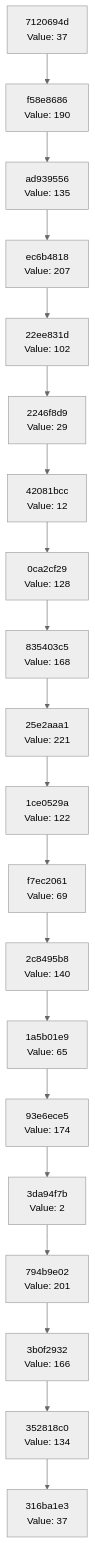
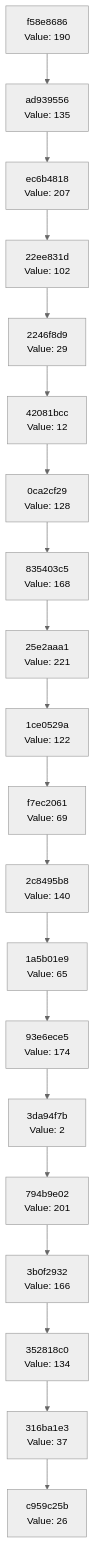
One commit to Abhisheksinha1506/hash-chain-evolver changed the diagram in docs/CHAIN_VISUALIZATION.md. Above: the diagram before and after it, drawn with Mermaid (neutral theme). The commit also changed 3 other files, not shown here.

````diff
--- a/docs/CHAIN_VISUALIZATION.md
+++ b/docs/CHAIN_VISUALIZATION.md
@@ -3,42 +3,42 @@
 ```mermaid
 graph TD
-    C0["316ba1e3<br/>Value: 37"]
-    C1["352818c0<br/>Value: 134"]
+    C0["c959c25b<br/>Value: 26"]
+    C1["316ba1e3<br/>Value: 37"]
     C1 --> C0
-    C2["3b0f2932<br/>Value: 166"]
+    C2["352818c0<br/>Value: 134"]
     C2 --> C1
-    C3["794b9e02<br/>Value: 201"]
+    C3["3b0f2932<br/>Value: 166"]
     C3 --> C2
-    C4["3da94f7b<br/>Value: 2"]
+    C4["794b9e02<br/>Value: 201"]
     C4 --> C3
-    C5["93e6ece5<br/>Value: 174"]
+    C5["3da94f7b<br/>Value: 2"]
     C5 --> C4
-    C6["1a5b01e9<br/>Value: 65"]
+    C6["93e6ece5<br/>Value: 174"]
     C6 --> C5
-    C7["2c8495b8<br/>Value: 140"]
+    C7["1a5b01e9<br/>Value: 65"]
     C7 --> C6
-    C8["f7ec2061<br/>Value: 69"]
+    C8["2c8495b8<br/>Value: 140"]
     C8 --> C7
-    C9["1ce0529a<br/>Value: 122"]
+    C9["f7ec2061<br/>Value: 69"]
     C9 --> C8
-    C10["25e2aaa1<br/>Value: 221"]
+    C10["1ce0529a<br/>Value: 122"]
     C10 --> C9
-    C11["835403c5<br/>Value: 168"]
+    C11["25e2aaa1<br/>Value: 221"]
     C11 --> C10
-    C12["0ca2cf29<br/>Value: 128"]
+    C12["835403c5<br/>Value: 168"]
     C12 --> C11
-    C13["42081bcc<br/>Value: 12"]
+    C13["0ca2cf29<br/>Value: 128"]
     C13 --> C12
-    C14["2246f8d9<br/>Value: 29"]
+    C14["42081bcc<br/>Value: 12"]
     C14 --> C13
-    C15["22ee831d<br/>Value: 102"]
+    C15["2246f8d9<br/>Value: 29"]
     C15 --> C14
-    C16["ec6b4818<br/>Value: 207"]
+    C16["22ee831d<br/>Value: 102"]
     C16 --> C15
-    C17["ad939556<br/>Value: 135"]
+    C17["ec6b4818<br/>Value: 207"]
     C17 --> C16
-    C18["f58e8686<br/>Value: 190"]
+    C18["ad939556<br/>Value: 135"]
     C18 --> C17
-    C19["7120694d<br/>Value: 37"]
+    C19["f58e8686<br/>Value: 190"]
     C19 --> C18
 ```
````
